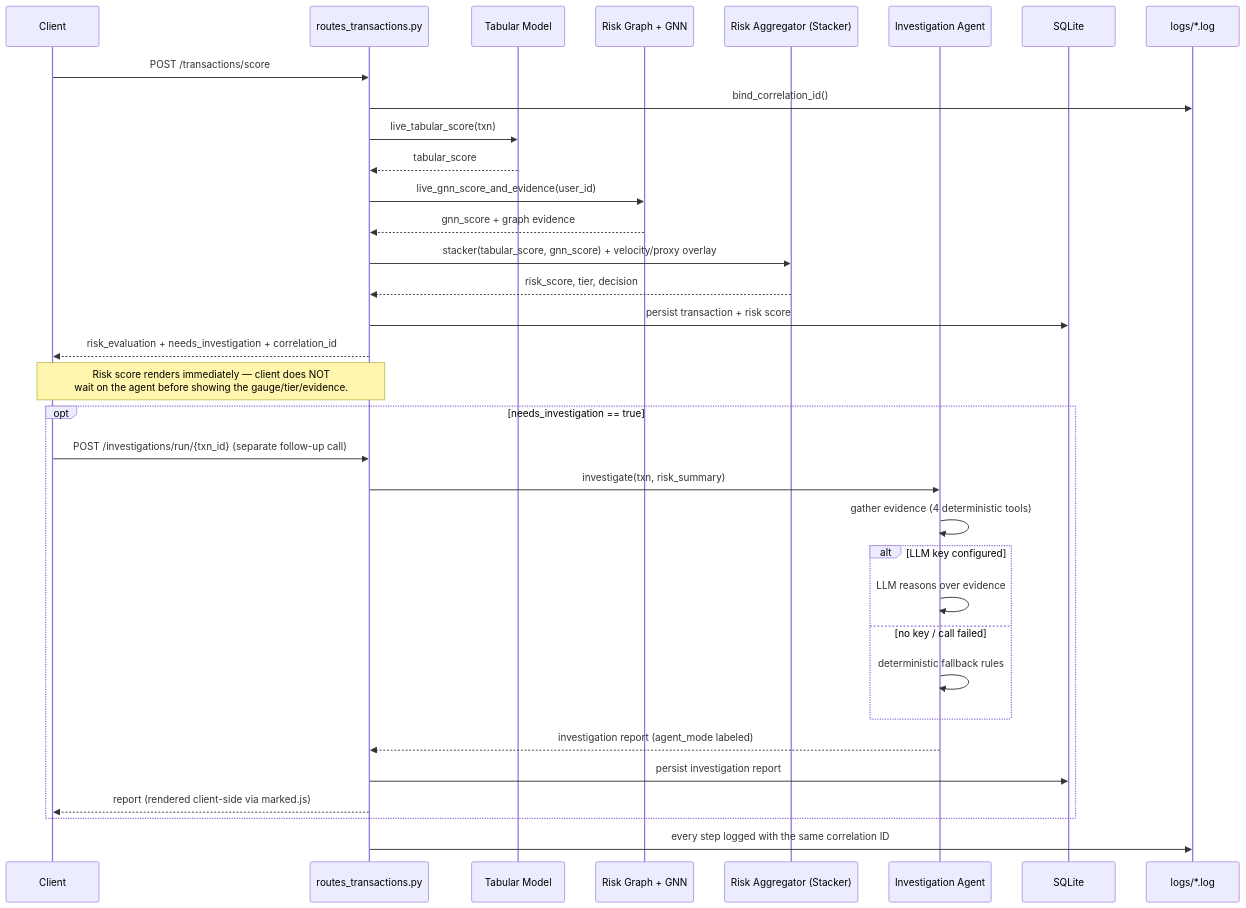
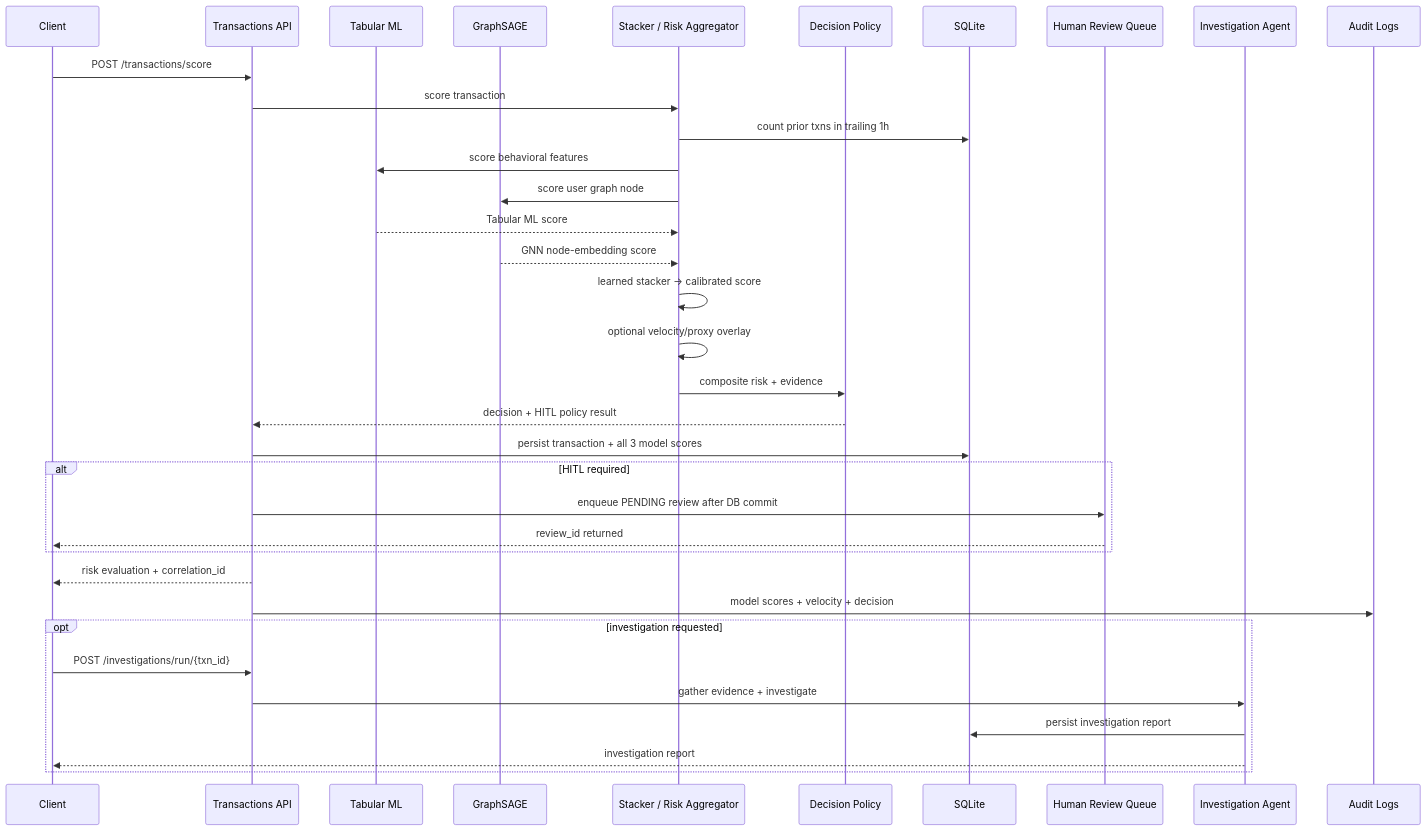
One commit to Dikshu015/RazorRisk-Agentic-AI-Payment-Fraud-Risk-Investigation-Platform changed the fourth of 4 diagrams in PROJECT_WORKFLOW.md. Above: the diagram before and after it, drawn with Mermaid. The commit also changed other lines of this file, not shown here.

````diff
--- a/PROJECT_WORKFLOW.md
+++ b/PROJECT_WORKFLOW.md
@@ -136,37 +143,38 @@
 ```mermaid
 sequenceDiagram
     participant C as Client
-    participant API as routes_transactions.py
-    participant TAB as Tabular Model
-    participant GNN as Risk Graph + GNN
-    participant AGG as Risk Aggregator (Stacker)
+    participant API as Transactions API
+    participant TAB as Tabular ML
+    participant GNN as GraphSAGE
+    participant AGG as Stacker / Risk Aggregator
+    participant POL as Decision Policy
+    participant DB as SQLite
+    participant HITL as Human Review Queue
     participant AGT as Investigation Agent
-    participant DB as SQLite
-    participant LOG as logs/*.log
+    participant LOG as Audit Logs
 
     C->>API: POST /transactions/score
-    API->>LOG: bind_correlation_id()
-    API->>TAB: live_tabular_score(txn)
-    TAB-->>API: tabular_score
-    API->>GNN: live_gnn_score_and_evidence(user_id)
-    GNN-->>API: gnn_score + graph evidence
-    API->>AGG: stacker(tabular_score, gnn_score) + velocity/proxy overlay
-    AGG-->>API: risk_score, tier, decision
-    API->>DB: persist transaction + risk score
-    API-->>C: risk_evaluation + needs_investigation + correlation_id
-    Note over C,API: Risk score renders immediately — client does NOT<br/>wait on the agent before showing the gauge/tier/evidence.
-    opt needs_investigation == true
-        C->>API: POST /investigations/run/{txn_id}  (separate follow-up call)
-        API->>AGT: investigate(txn, risk_summary)
-        AGT->>AGT: gather evidence (4 deterministic tools)
-        alt LLM key configured
-            AGT->>AGT: LLM reasons over evidence
-        else no key / call failed
-            AGT->>AGT: deterministic fallback rules
-        end
-        AGT-->>API: investigation report (agent_mode labeled)
-        API->>DB: persist investigation report
-        API-->>C: report (rendered client-side via marked.js)
+    API->>AGG: score transaction
+    AGG->>DB: count prior txns in trailing 1h
+    AGG->>TAB: score behavioral features
+    AGG->>GNN: score user graph node
+    TAB-->>AGG: Tabular ML score
+    GNN-->>AGG: GNN node-embedding score
+    AGG->>AGG: learned stacker -> calibrated score
+    AGG->>AGG: optional velocity/proxy overlay
+    AGG->>POL: composite risk + evidence
+    POL-->>API: decision + HITL policy result
+    API->>DB: persist transaction + all 3 model scores
+    alt HITL required
+        API->>HITL: enqueue PENDING review after DB commit
+        HITL-->>C: review_id returned
     end
-    API->>LOG: every step logged with the same correlation ID
+    API-->>C: risk evaluation + correlation_id
+    API->>LOG: model scores + velocity + decision
+    opt investigation requested
+        C->>API: POST /investigations/run/{txn_id}
+        API->>AGT: gather evidence + investigate
+        AGT->>DB: persist investigation report
+        AGT-->>C: investigation report
+    end
 ```
````
